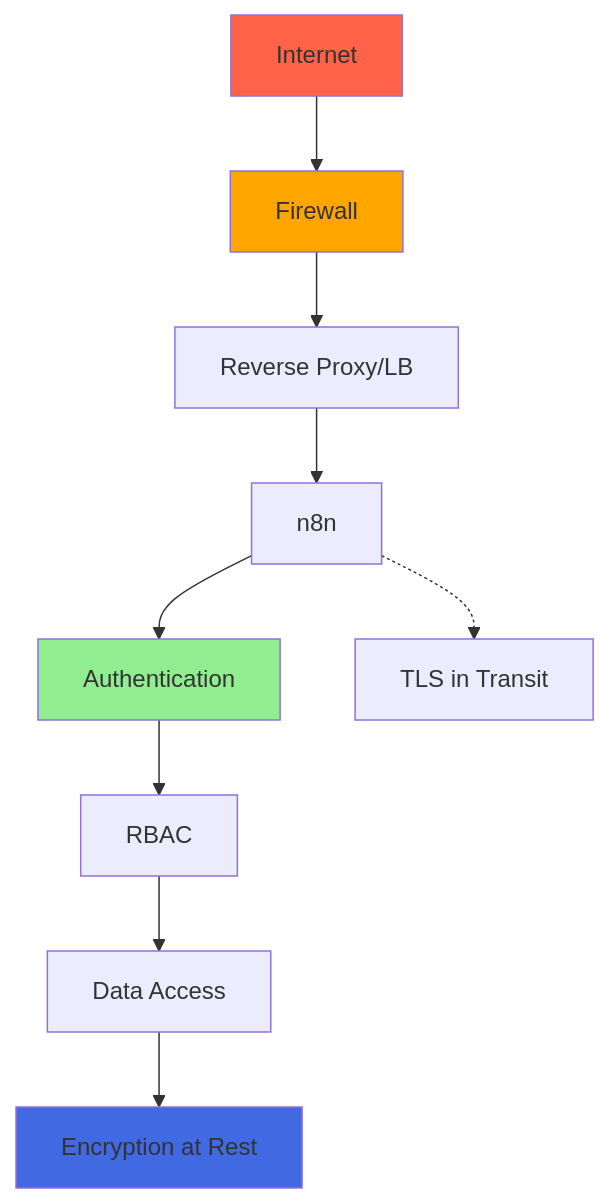
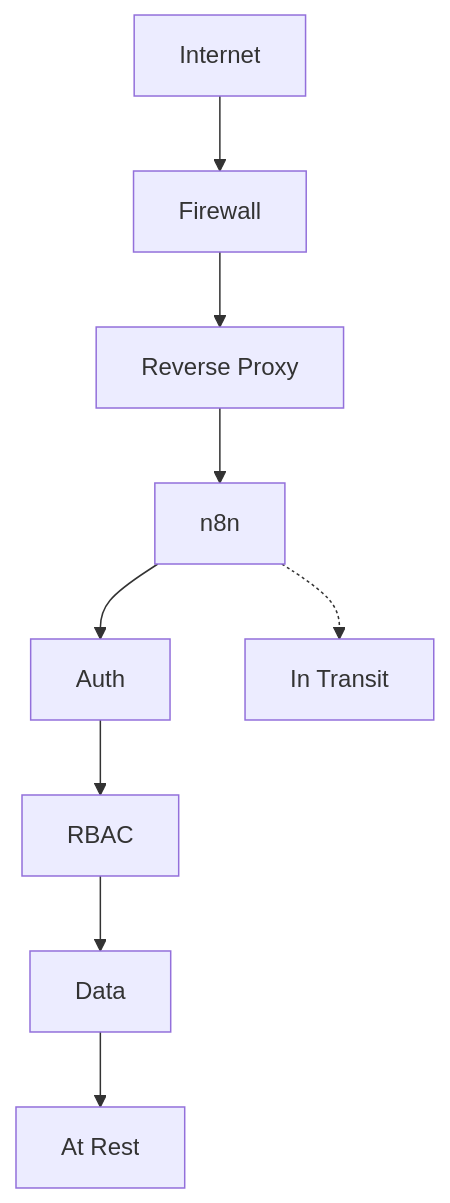
The sixth of 7 diagrams in ARCHITECTURE.md (KomarovAI/n8n-scraper-docker), drawn with Mermaid before and after one commit. The commit also changed other lines of this file, not shown here.

First line of the commit message:
docs: ML-optimized architecture v3.0 - diagrams only, 85% reduction

````diff
--- a/ARCHITECTURE.md
+++ b/ARCHITECTURE.md
@@ -334,18 +167,11 @@
 ```mermaid
 graph TD
-    Internet[Internet] --> FW[Firewall]
-    FW --> LB[Reverse Proxy/LB]
+    Internet --> FW[Firewall]
+    FW --> LB[Reverse Proxy]
     LB --> N8N[n8n]
-    
-    N8N --> Auth[Authentication]
-    Auth --> RBAC[RBAC]
-    RBAC --> Data[Data Access]
-    
-    Data --> Encrypt[Encryption at Rest]
-    N8N -.-> TLS[TLS in Transit]
-
-    style Internet fill:#ff6347
-    style FW fill:#ffa500
-    style Auth fill:#90ee90
-    style Encrypt fill:#4169e1
+    N8N --> Auth
+    Auth --> RBAC
+    RBAC --> Data
+    Data --> Encrypt[At Rest]
+    N8N -.-> TLS[In Transit]
 ```
````
